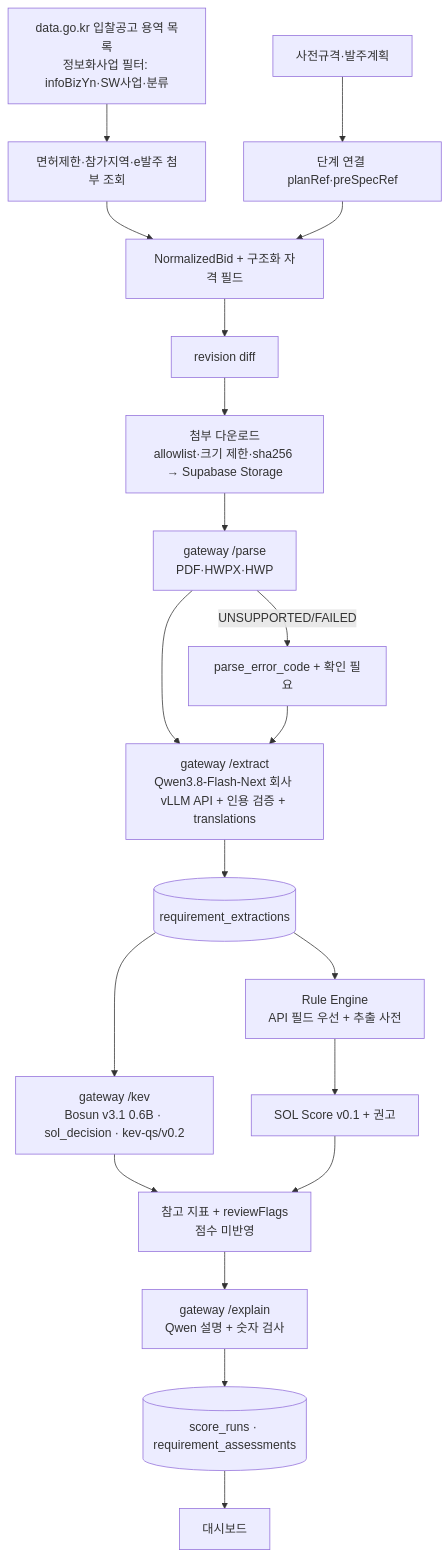
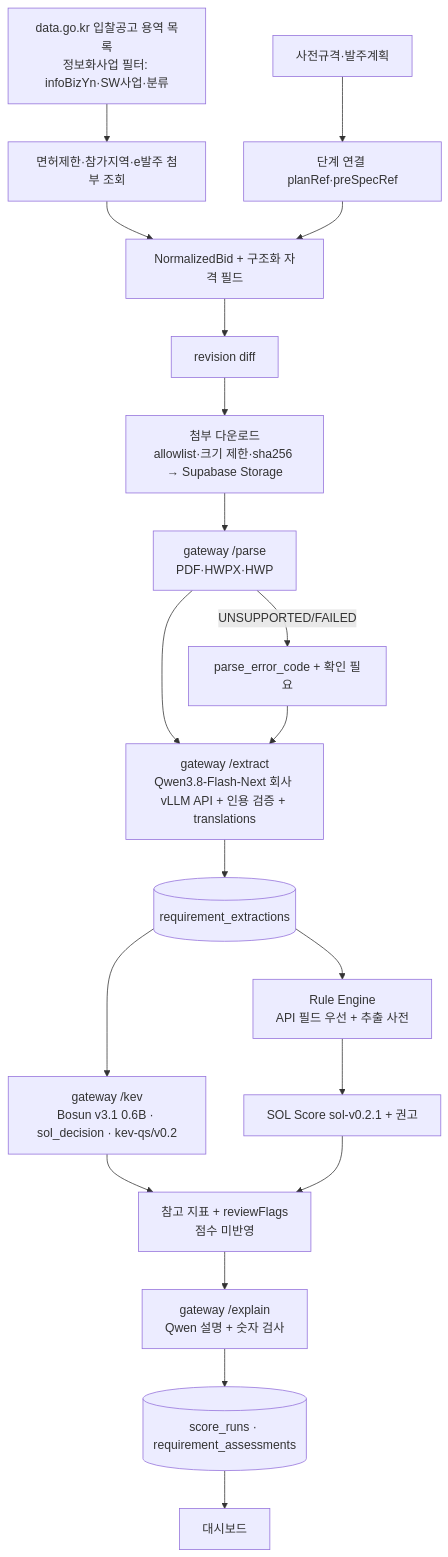
The diagram in docs/03-AI-PIPELINE.md (solideoai/sol-radar), drawn with Mermaid before and after one commit. The commit also changed other lines of this file and 28 other files, not shown here.

````diff
--- a/docs/03-AI-PIPELINE.md
+++ b/docs/03-AI-PIPELINE.md
@@ -38,22 +38,22 @@
 ```mermaid
 flowchart TD
  A[data.go.kr 입찰공고 용역 목록<br/>정보화사업 필터: infoBizYn·SW사업·분류] --> B[면허제한·참가지역·e발주 첨부 조회]
  A2[사전규격·발주계획] --> L[단계 연결 planRef·preSpecRef]
  B --> N[NormalizedBid + 구조화 자격 필드]
  L --> N
  N --> R1[revision diff]
  R1 --> D[첨부 다운로드<br/>allowlist·크기 제한·sha256 → Supabase Storage]
  D --> P[gateway /parse<br/>PDF·HWPX·HWP]
  P -->|UNSUPPORTED/FAILED| PE[parse_error_code + 확인 필요]
  P --> E[gateway /extract<br/>Qwen3.8-Flash-Next 회사 vLLM API + 인용 검증 + translations]
  PE --> E
  E --> X[(requirement_extractions)]
  X --> RE[Rule Engine<br/>API 필드 우선 + 추출 사전]
  X --> K[gateway /kev<br/>Bosun v3.1 0.6B · sol_decision · kev-qs/v0.2]
- RE --> S[SOL Score v0.1 + 권고]
+ RE --> S[SOL Score sol-v0.2.1 + 권고]
  K --> F[참고 지표 + reviewFlags<br/>점수 미반영]
  S --> F
  F --> EX[gateway /explain<br/>Qwen 설명 + 숫자 검사]
  EX --> Z[(score_runs · requirement_assessments)]
  Z --> UI[대시보드]
 ```
````
